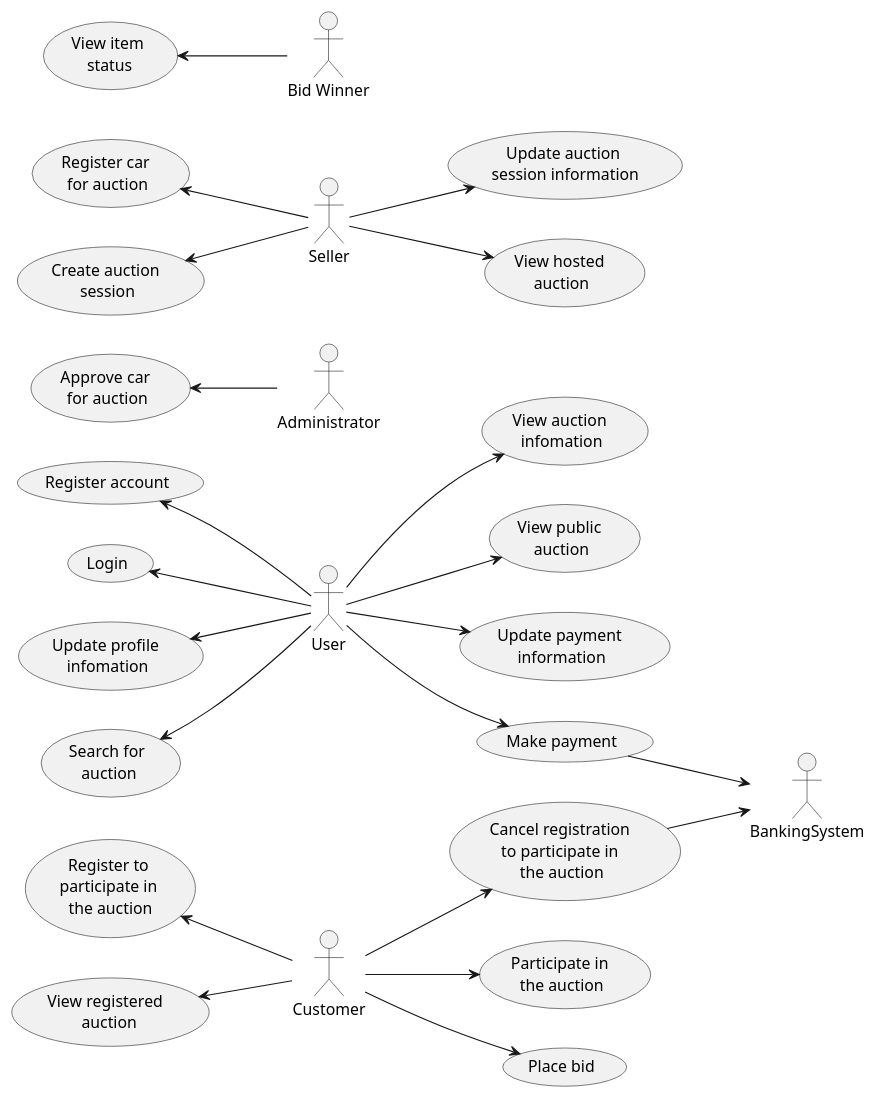
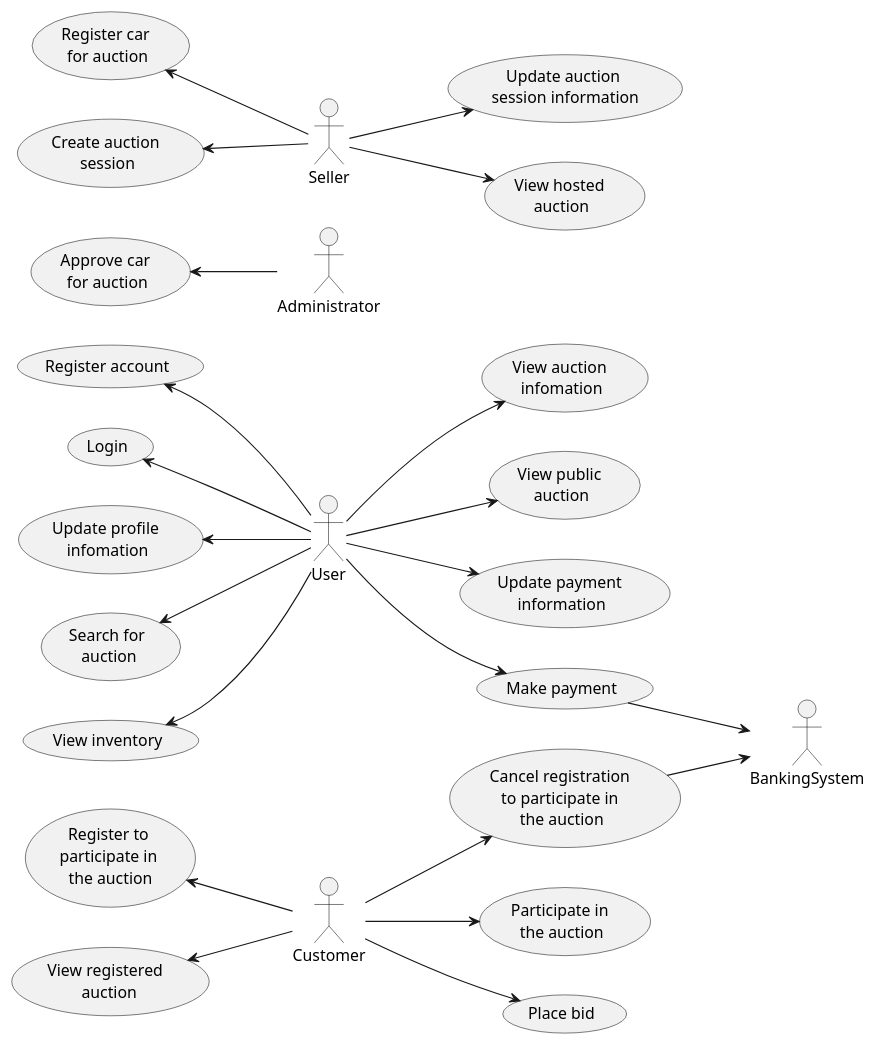
One commit to anhbanlinhle/velocity-exchange changed the diagram in uml/use-case-model draft.pu. Above: the diagram before and after it, drawn with PlantUML.

Commit message:
doc: update use case model
remove bid winner
change view item status to view inventory use case

```diff
--- a/uml/use-case-model draft.pu
+++ b/uml/use-case-model draft.pu
@@ -1,70 +1,64 @@
-@startuml Use case model
+@startuml Use_case_model
 left to right direction
 ' User
 (Register account) as (register-account)
 (Login) as (login)
 (Update profile \ninfomation) as (update-profile)
 (View auction \ninfomation) as (view-auction-info)
 (View public \nauction) as (view-public-auction)
 (Update payment \ninformation) as (update-payment-info)
 (Make payment) as (make-payment)
 (Search for \nauction) as (search-for-auction)
+(View inventory) as (view-inventory)
 
 ' Admin
 (Approve car \nfor auction) as (approve-car)
 
 
 ' Seller
 (Register car \nfor auction) as (register-car)
 (Create auction \nsession) as (create-auction-session)
 (Update auction \nsession information) as (update-auction-info)
 (View hosted \nauction) as (view-hosted-auction)
 
 ' Customer
 (Register to \nparticipate in \nthe auction) as (register-to-participate)
 (Cancel registration \nto participate in \nthe auction) as (cancel-registration-to-participate)
 (Participate in \nthe auction) as (participate-in-auction)
 (Place bid) as (place-bid)
 (View registered \n auction) as (view-registered-auction)
 
-' Bid Winner
-(View item \nstatus) as (view-item-status)
-
-
 
 :User:
 User --> (view-public-auction)
 User --> (view-auction-info)
 User --> (update-payment-info)
 User --> (make-payment)
 (register-account) <-- User
 (login) <-- User
 (update-profile) <-- User
 (search-for-auction) <-- User
+(view-inventory) <-- User
 
 :Administrator:
 (approve-car) <-- Administrator
 
 :Seller:
 (register-car) <-- Seller
 (create-auction-session) <-- Seller
 Seller --> (update-auction-info)
 Seller --> (view-hosted-auction)
 
 :Customer:
 (view-registered-auction) <-- Customer
 Customer --> (participate-in-auction)
 Customer --> (place-bid)
 Customer --> (cancel-registration-to-participate)
 (register-to-participate) <-- Customer
 
 :BankingSystem:
 (make-payment) --> BankingSystem
 (cancel-registration-to-participate) --> BankingSystem
 
 
-:Bid Winner: as bidWinner
-(view-item-status) <-- bidWinner
-
-
 @enduml
```
